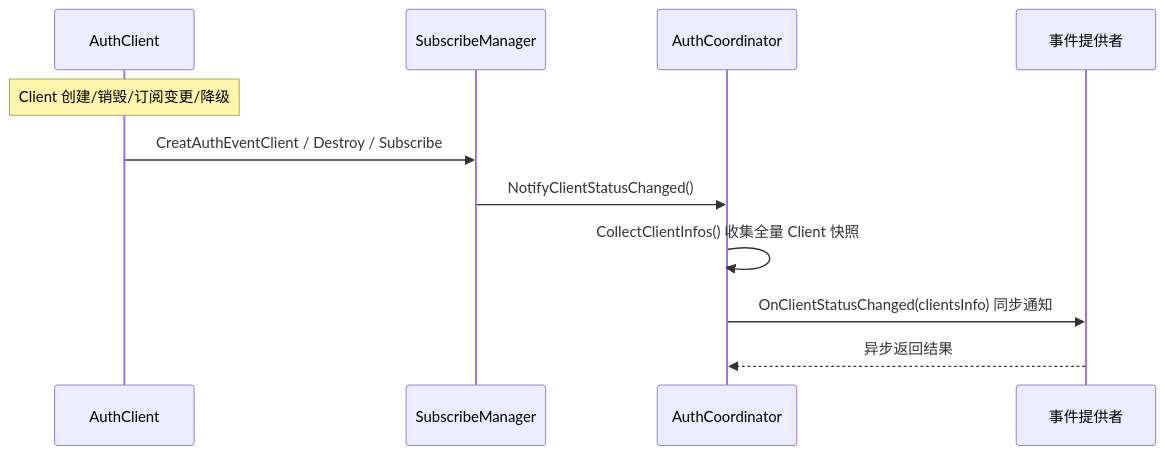
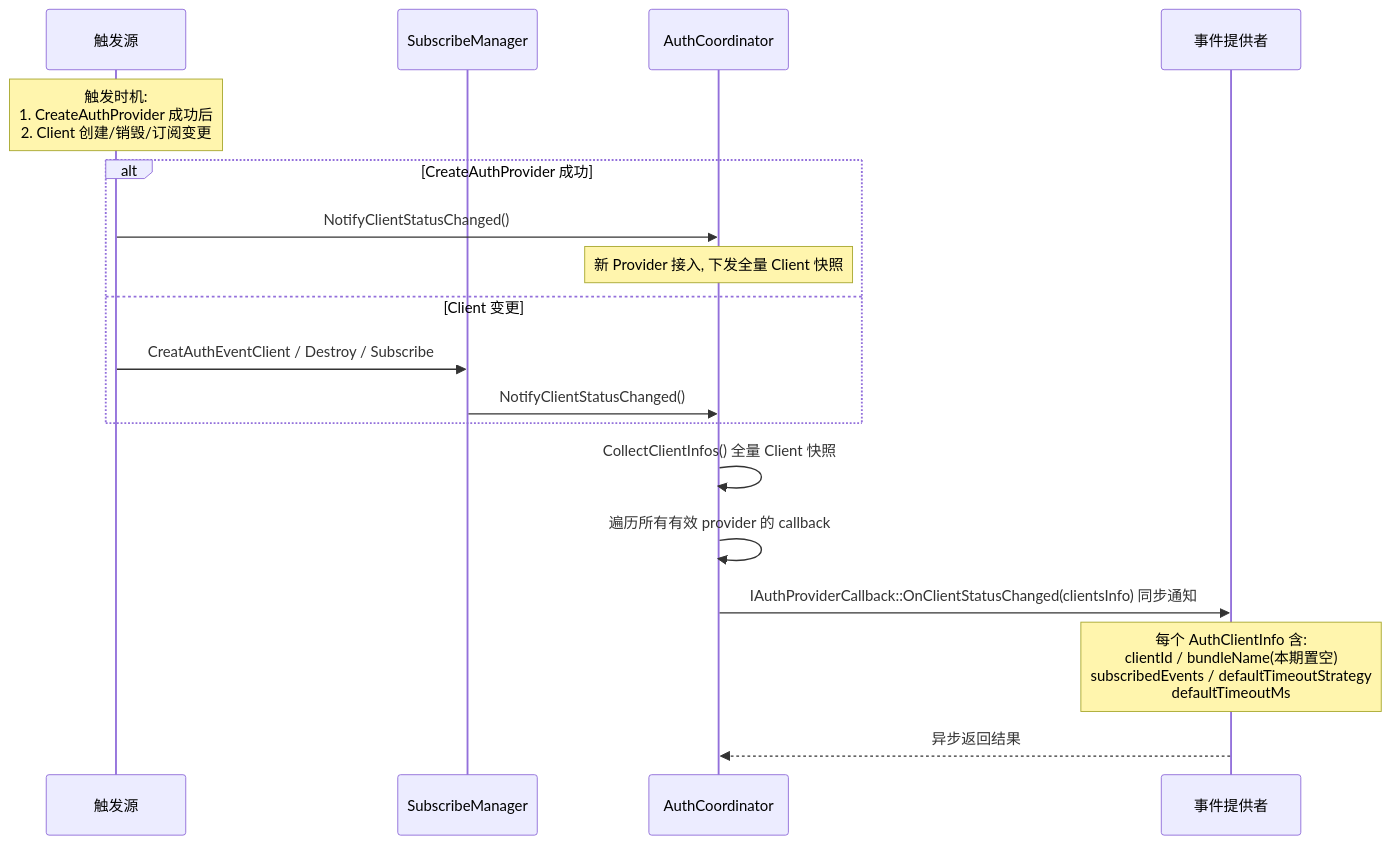
The ninth of 10 diagrams in .sdd/SR-20260806903302/design-doc.md (eclipse-oniro-mirrors/security_security_guard), drawn with Mermaid before and after one commit. The commit also changed other lines of this file and 19 other files, not shown here.

````diff
--- a/.sdd/SR-20260806903302/design-doc.md
+++ b/.sdd/SR-20260806903302/design-doc.md
@@ -379,16 +397,23 @@
 ```mermaid
 sequenceDiagram
-    participant C as AuthClient
+    participant T as 触发源
     participant SM as SubscribeManager
     participant AC as AuthCoordinator
     participant P as 事件提供者
 
-    Note over C: Client 创建/销毁/订阅变更/降级
+    Note over T: 触发时机:<br/>1. CreateAuthProvider 成功后<br/>2. Client 创建/销毁/订阅变更
 
-    C->>SM: CreatAuthEventClient / Destroy / Subscribe
-    SM->>AC: NotifyClientStatusChanged()
-    AC->>AC: CollectClientInfos() 收集全量 Client 快照
+    alt CreateAuthProvider 成功
+        T->>AC: NotifyClientStatusChanged()
+        Note over AC: 新 Provider 接入, 下发全量 Client 快照
+    else Client 变更
+        T->>SM: CreatAuthEventClient / Destroy / Subscribe
+        SM->>AC: NotifyClientStatusChanged()
+    end
 
-    AC->>P: OnClientStatusChanged(clientsInfo) 同步通知
+    AC->>AC: CollectClientInfos() 全量 Client 快照
+    AC->>AC: 遍历所有有效 provider 的 callback
+    AC->>P: IAuthProviderCallback::OnClientStatusChanged(clientsInfo) 同步通知
+    Note over P: 每个 AuthClientInfo 含:<br/>clientId / bundleName(本期置空)<br/>subscribedEvents / defaultTimeoutStrategy<br/>defaultTimeoutMs
     P-->>AC: 异步返回结果
 ```
````
